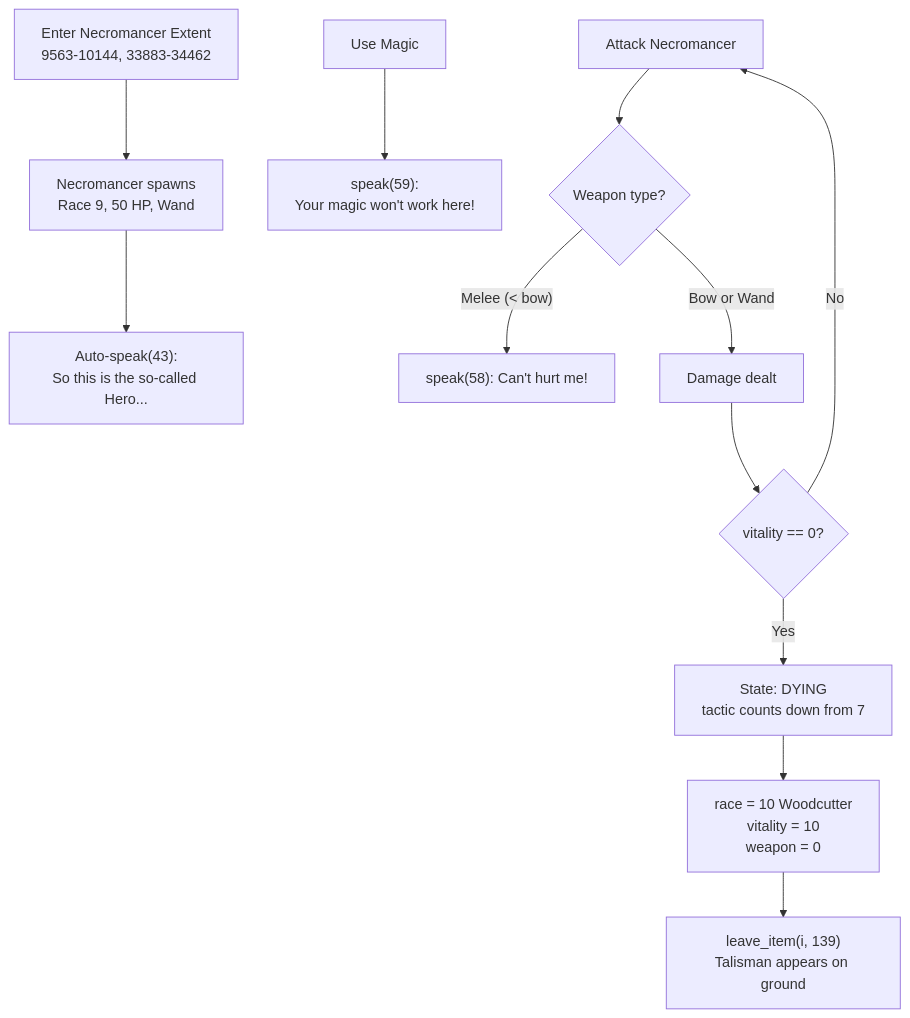
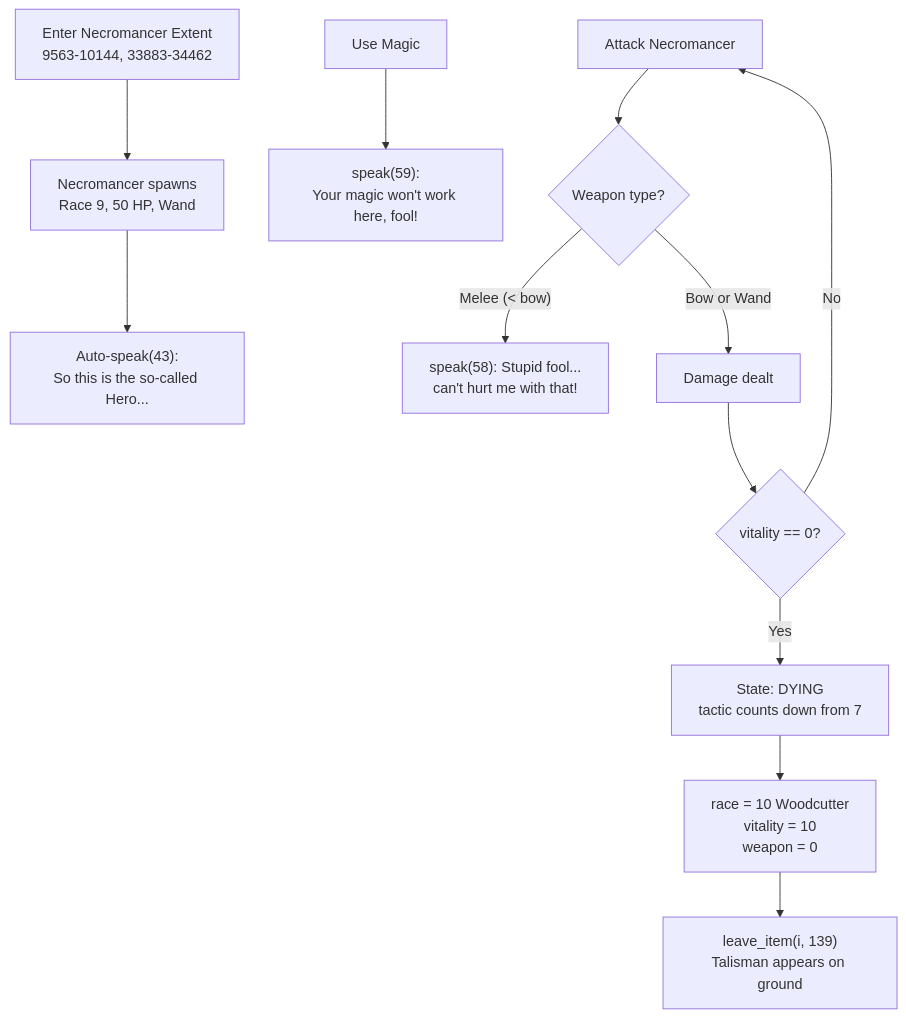
Diagram 17 of 18 in reference/STORYLINE-npcs.md (bacomatic/faery-tale-rs), drawn with Mermaid before and after one commit. The commit also changed other lines of this file and 20 other files, not shown here.

````diff
--- a/reference/STORYLINE-npcs.md
+++ b/reference/STORYLINE-npcs.md
@@ -372,17 +372,17 @@
 ```mermaid
 flowchart TD
     ENTER_ARENA[Enter Necromancer Extent<br>9563-10144, 33883-34462] --> SPAWN["Necromancer spawns<br>Race 9, 50 HP, Wand"]
     SPAWN --> AUTO["Auto-speak(43):<br>So this is the so-called Hero..."]
 
-    MAGIC_ATTEMPT[Use Magic] --> BLOCKED["speak(59):<br>Your magic won't work here!"]
+    MAGIC_ATTEMPT[Use Magic] --> BLOCKED["speak(59):<br>Your magic won't work here, fool!"]
 
     ATTACK[Attack Necromancer] --> WEAPON{Weapon type?}
-    WEAPON -->|"Melee (< bow)"| IMMUNE["speak(58): Can't hurt me!"]
+    WEAPON -->|"Melee (< bow)"| IMMUNE["speak(58): Stupid fool...<br>can't hurt me with that!"]
     WEAPON -->|"Bow or Wand"| DAMAGE[Damage dealt]
 
     DAMAGE --> DEAD{vitality == 0?}
     DEAD -->|No| ATTACK
     DEAD -->|Yes| DYING["State: DYING<br>tactic counts down from 7"]
     DYING --> TRANSFORM["race = 10 Woodcutter<br>vitality = 10<br>weapon = 0"]
     TRANSFORM --> DROP_TALISMAN["leave_item(i, 139)<br>Talisman appears on ground"]
 ```
````
